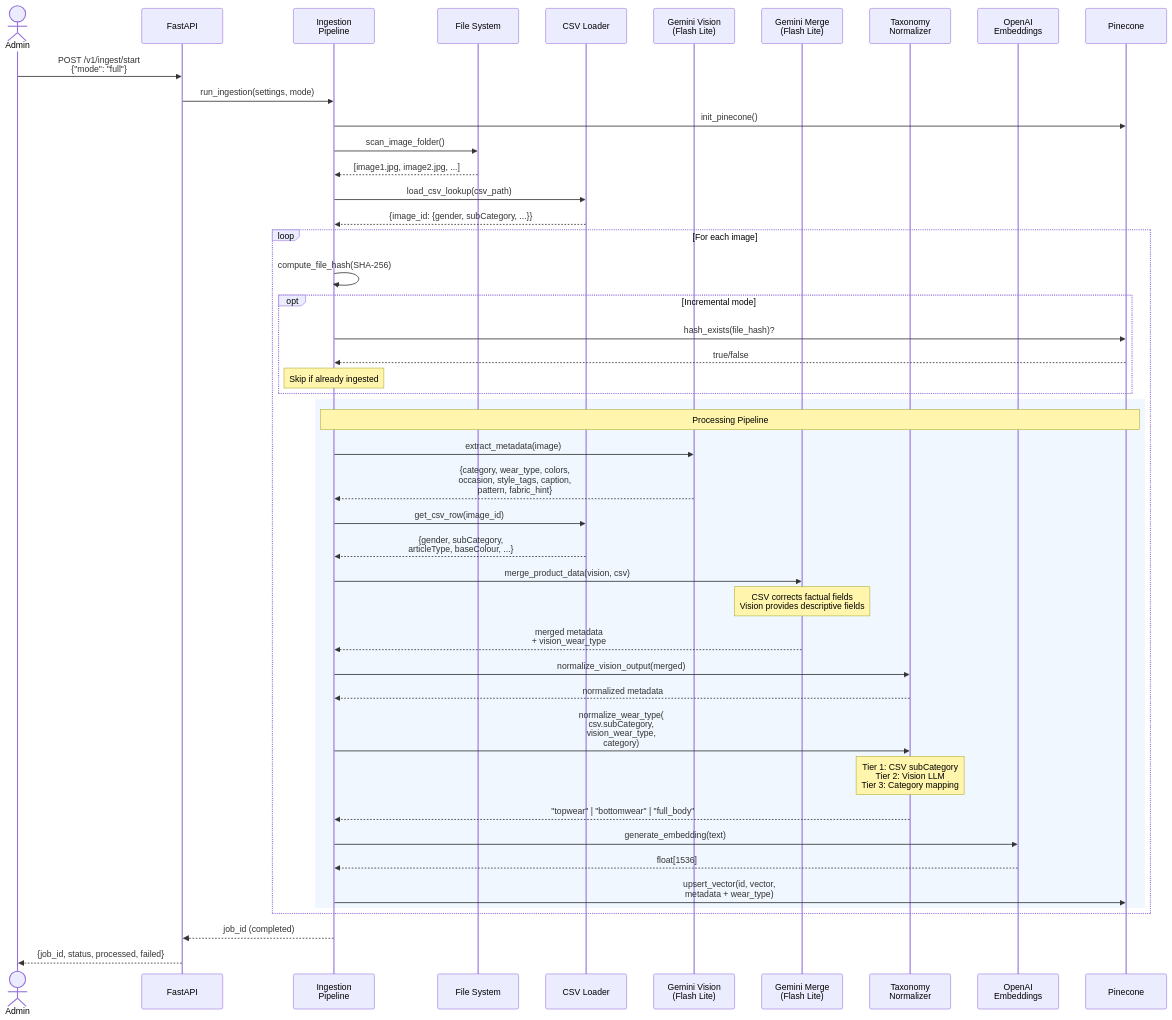
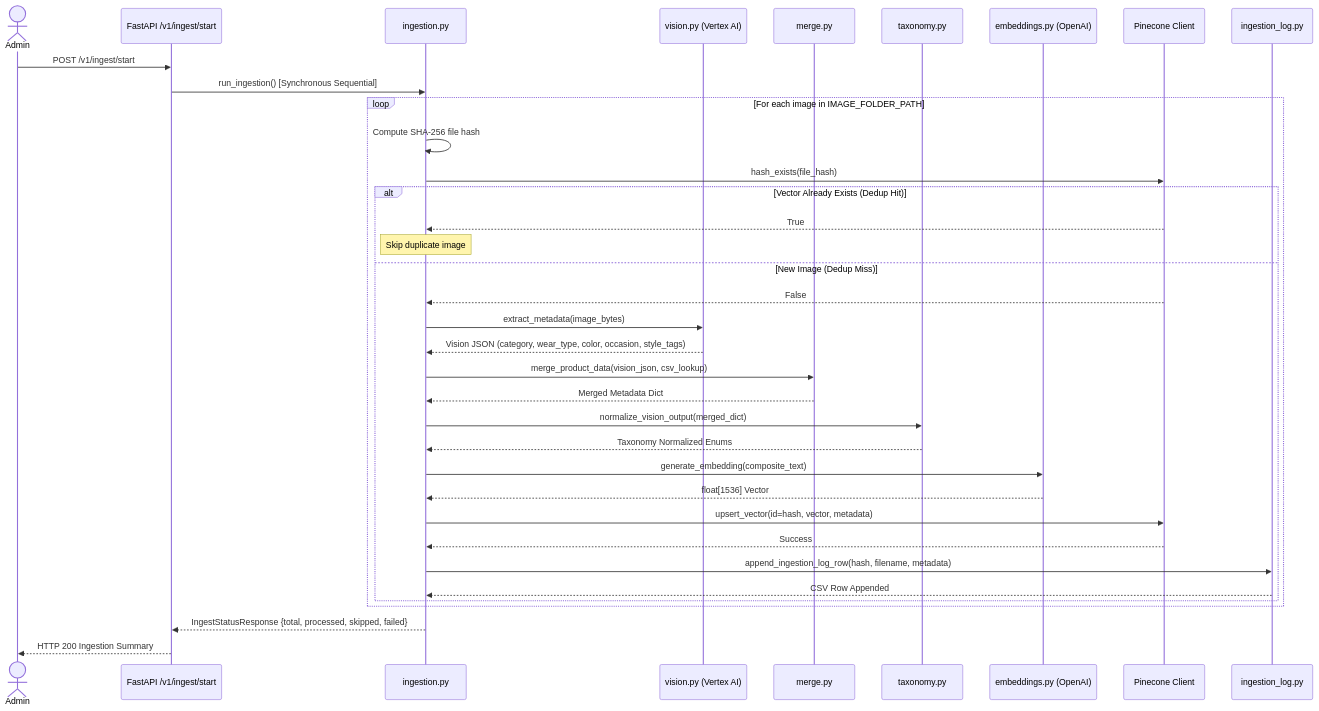
Before and after one commit to jamil225/ai-fasion-designer: the fifth of 5 diagrams in docs/diagrams.md, drawn with Mermaid. The commit also changed other lines of this file and 26 other files, not shown here.

Commit message:
docs(ui): update readme, architecture documentation, and luxury UI look

````diff
--- a/docs/diagrams.md
+++ b/docs/diagrams.md
@@ -270,61 +275,47 @@
 ```mermaid
 sequenceDiagram
     actor Admin
-    participant API as FastAPI
-    participant ING as Ingestion<br/>Pipeline
-    participant FS as File System
-    participant CSV as CSV Loader
-    participant GV as Gemini Vision<br/>(Flash Lite)
-    participant GM as Gemini Merge<br/>(Flash Lite)
-    participant TAX as Taxonomy<br/>Normalizer
-    participant OAI as OpenAI<br/>Embeddings
-    participant PC as Pinecone
+    participant API as FastAPI /v1/ingest/start
+    participant Ingest as ingestion.py
+    participant Vision as vision.py (Vertex AI)
+    participant Merge as merge.py
+    participant Taxo as taxonomy.py
+    participant Embed as embeddings.py (OpenAI)
+    participant PC as Pinecone Client
+    participant Log as ingestion_log.py
 
-    Admin->>API: POST /v1/ingest/start<br/>{"mode": "full"}
-    API->>ING: run_ingestion(settings, mode)
-
-    ING->>PC: init_pinecone()
-    ING->>FS: scan_image_folder()
-    FS-->>ING: [image1.jpg, image2.jpg, ...]
-    ING->>CSV: load_csv_lookup(csv_path)
-    CSV-->>ING: {image_id: {gender, subCategory, ...}}
-
-    loop For each image
-        ING->>ING: compute_file_hash(SHA-256)
-
-        opt Incremental mode
-            ING->>PC: hash_exists(file_hash)?
-            PC-->>ING: true/false
-            Note over ING: Skip if already ingested
-        end
-
-        rect rgb(240, 247, 255)
-            Note over ING,PC: Processing Pipeline
-
-            ING->>GV: extract_metadata(image)
-            GV-->>ING: {category, wear_type, colors,<br/>occasion, style_tags, caption,<br/>pattern, fabric_hint}
-
-            ING->>CSV: get_csv_row(image_id)
-            CSV-->>ING: {gender, subCategory,<br/>articleType, baseColour, ...}
-
-            ING->>GM: merge_product_data(vision, csv)
-            Note over GM: CSV corrects factual fields<br/>Vision provides descriptive fields
-            GM-->>ING: merged metadata<br/>+ vision_wear_type
-
-            ING->>TAX: normalize_vision_output(merged)
-            TAX-->>ING: normalized metadata
-
-            ING->>TAX: normalize_wear_type(<br/>csv.subCategory,<br/>vision_wear_type,<br/>category)
-            Note over TAX: Tier 1: CSV subCategory<br/>Tier 2: Vision LLM<br/>Tier 3: Category mapping
-            TAX-->>ING: "topwear" | "bottomwear" | "full_body"
-
-            ING->>OAI: generate_embedding(text)
-            OAI-->>ING: float[1536]
-
-            ING->>PC: upsert_vector(id, vector,<br/>metadata + wear_type)
+    Admin->>API: POST /v1/ingest/start
+    API->>Ingest: run_ingestion() [Synchronous Sequential]
+    
+    loop For each image in IMAGE_FOLDER_PATH
+        Ingest->>Ingest: Compute SHA-256 file hash
+        Ingest->>PC: hash_exists(file_hash)
+        
+        alt Vector Already Exists (Dedup Hit)
+            PC-->>Ingest: True
+            Note over Ingest: Skip duplicate image
+        else New Image (Dedup Miss)
+            PC-->>Ingest: False
+            Ingest->>Vision: extract_metadata(image_bytes)
+            Vision-->>Ingest: Vision JSON (category, wear_type, color, occasion, style_tags)
+            
+            Ingest->>Merge: merge_product_data(vision_json, csv_lookup)
+            Merge-->>Ingest: Merged Metadata Dict
+            
+            Ingest->>Taxo: normalize_vision_output(merged_dict)
+            Taxo-->>Ingest: Taxonomy Normalized Enums
+            
+            Ingest->>Embed: generate_embedding(composite_text)
+            Embed-->>Ingest: float[1536] Vector
+            
+            Ingest->>PC: upsert_vector(id=hash, vector, metadata)
+            PC-->>Ingest: Success
+            
+            Ingest->>Log: append_ingestion_log_row(hash, filename, metadata)
+            Log-->>Ingest: CSV Row Appended
         end
     end
-
-    ING-->>API: job_id (completed)
-    API-->>Admin: {job_id, status, processed, failed}
+    
+    Ingest-->>API: IngestStatusResponse {total, processed, skipped, failed}
+    API-->>Admin: HTTP 200 Ingestion Summary
 ```
````
